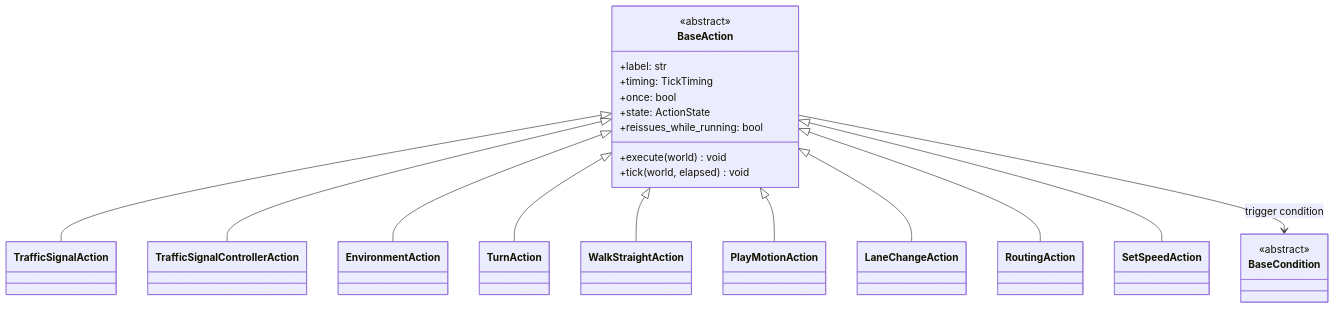
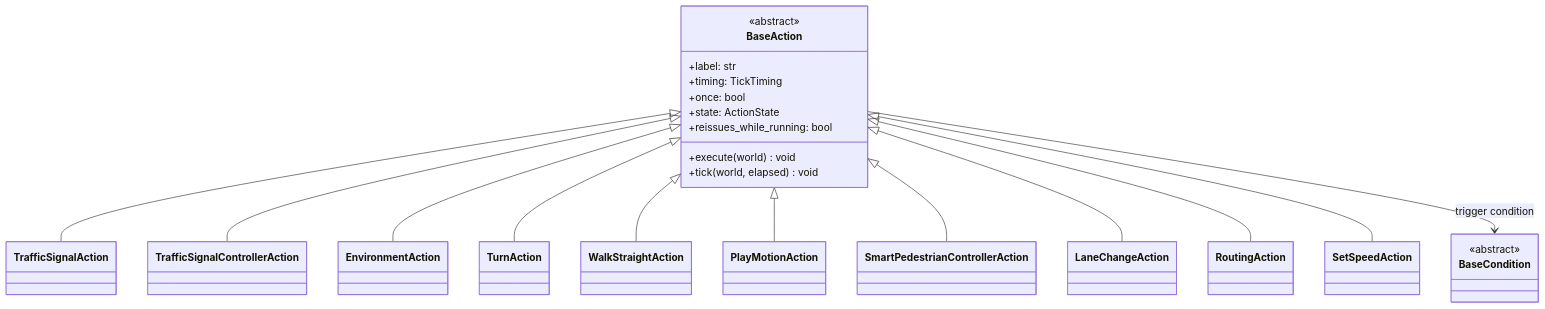
The sixth of 13 diagrams in autoware_carla_scenario/docs/architecture.md (autowarefoundation/autoware_carla_scenario), drawn with Mermaid before and after one commit. The commit also changed other lines of this file and 41 other files, not shown here.

First line of the commit message:
feat: SmartPedestrianControllerAction, moved by ARDY; backends a run prepares (@need_prepare)

````diff
--- a/autoware_carla_scenario/docs/architecture.md
+++ b/autoware_carla_scenario/docs/architecture.md
@@ -518,38 +518,40 @@
 ```mermaid
 classDiagram
     class BaseAction {
         <<abstract>>
         +label: str
         +timing: TickTiming
         +once: bool
         +state: ActionState
         +reissues_while_running: bool
         +execute(world) void
         +tick(world, elapsed) void
     }
 
     class BaseCondition {
         <<abstract>>
     }
 
     class TrafficSignalAction
     class TrafficSignalControllerAction
     class EnvironmentAction
     class TurnAction
     class WalkStraightAction
     class PlayMotionAction
+    class SmartPedestrianControllerAction
     class LaneChangeAction
     class RoutingAction
     class SetSpeedAction
 
     BaseAction <|-- TrafficSignalAction
     BaseAction <|-- TrafficSignalControllerAction
     BaseAction <|-- EnvironmentAction
     BaseAction <|-- TurnAction
     BaseAction <|-- WalkStraightAction
     BaseAction <|-- PlayMotionAction
+    BaseAction <|-- SmartPedestrianControllerAction
     BaseAction <|-- LaneChangeAction
     BaseAction <|-- RoutingAction
     BaseAction <|-- SetSpeedAction
     BaseAction --> BaseCondition : trigger condition
 ```
````
